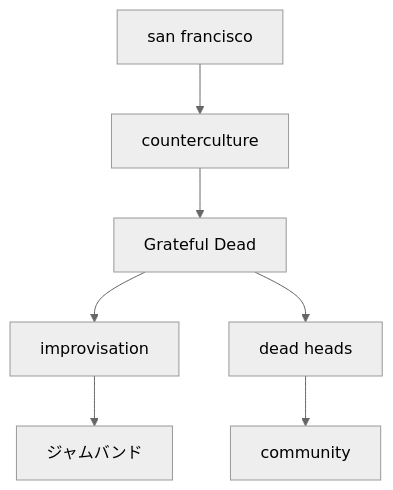
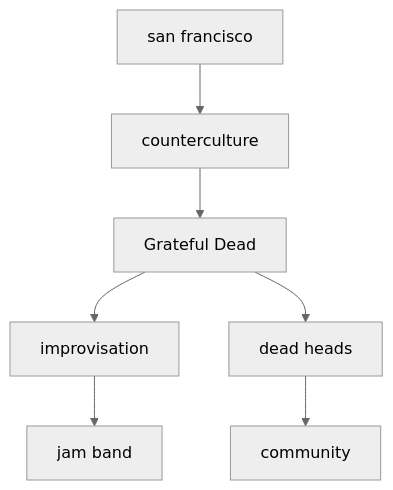
Before and after one commit to monumental-movement/monumental-movement.github.io: the second of 2 diagrams in en/_posts/2026-03-21-column-gratefuldead-sanfrancisco.md, drawn with Mermaid (neutral theme). The commit also changed other lines of this file and 851 other files, not shown here.

```diff
--- a/en/_posts/2026-03-21-column-gratefuldead-sanfrancisco.md
+++ b/en/_posts/2026-03-21-column-gratefuldead-sanfrancisco.md
@@ -226,9 +226,9 @@
 <div class="mermaid">
 graph TD
     A[san francisco] --> B[counterculture]
     B --> C[Grateful Dead]
     C --> D[improvisation]
     C --> E[dead heads]
     E --> F[community]
-    D --> G[ジャムバンド]
+    D --> G[jam band]
 </div>
```
